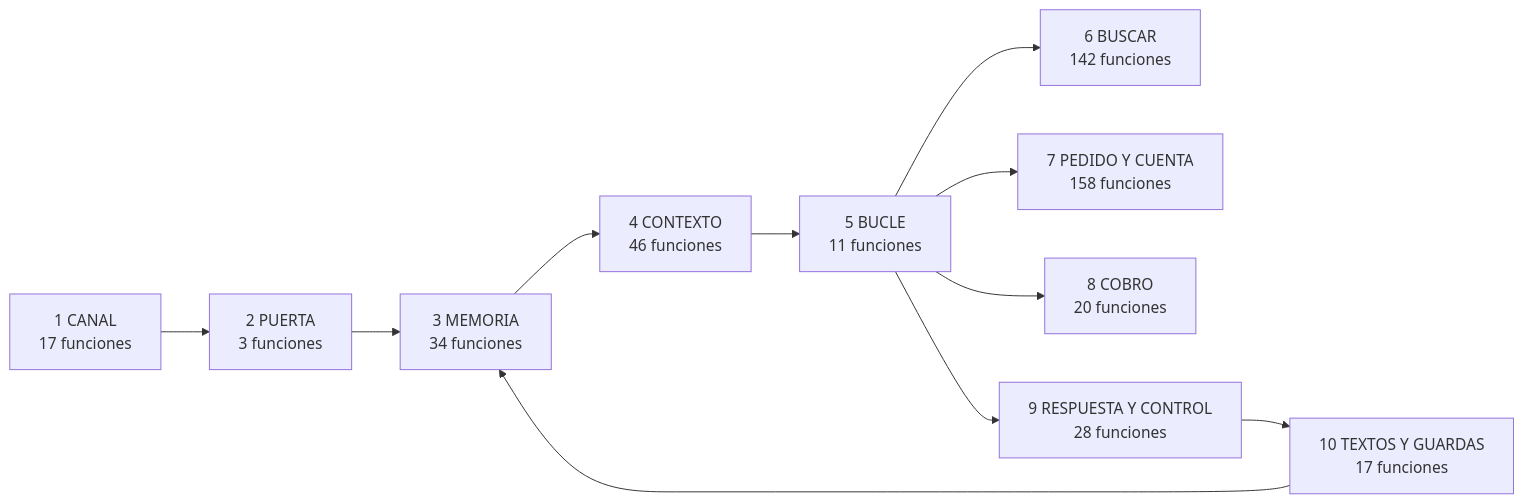
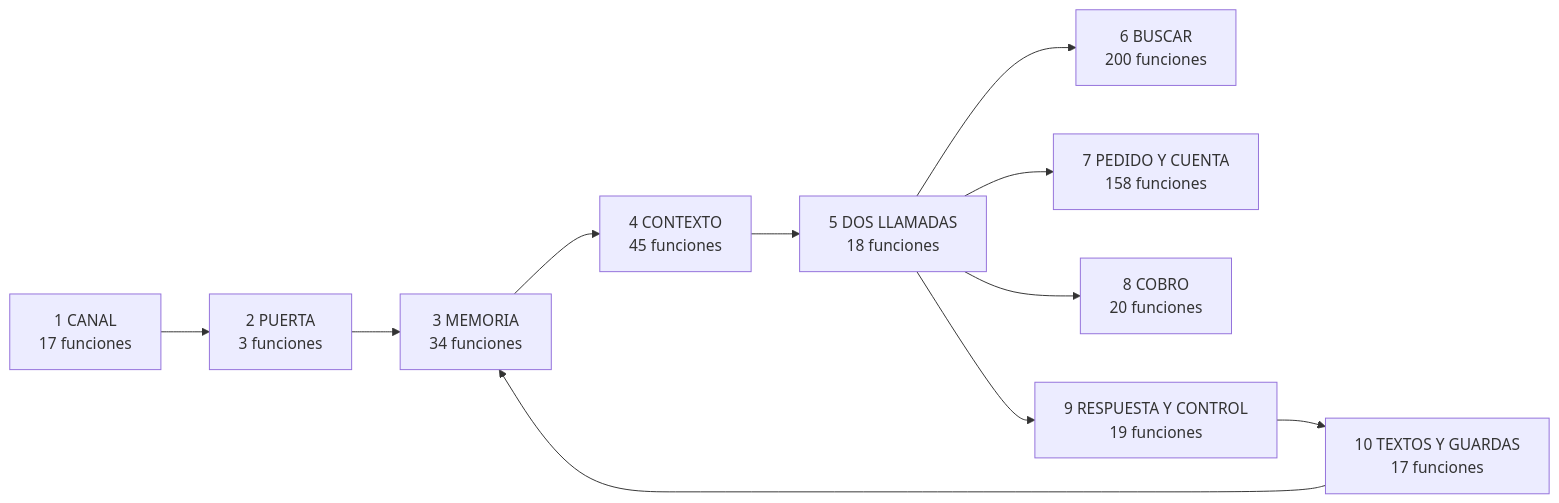
One commit to martinrf79/Verifika changed the diagram in arquitectura/DIAGRAMA_FLUJO.md. Above: the diagram before and after it, drawn with Mermaid. The commit also changed other lines of this file and 20 other files, not shown here.

````diff
--- a/arquitectura/DIAGRAMA_FLUJO.md
+++ b/arquitectura/DIAGRAMA_FLUJO.md
@@ -11,20 +11,20 @@
 ```mermaid
 flowchart LR
   C1["1 CANAL<br/>17 funciones"]
   C2["2 PUERTA<br/>3 funciones"]
   C3["3 MEMORIA<br/>34 funciones"]
-  C4["4 CONTEXTO<br/>46 funciones"]
-  C5["5 BUCLE<br/>11 funciones"]
-  C6["6 BUSCAR<br/>142 funciones"]
+  C4["4 CONTEXTO<br/>45 funciones"]
+  C5["5 DOS LLAMADAS<br/>18 funciones"]
+  C6["6 BUSCAR<br/>200 funciones"]
   C7["7 PEDIDO Y CUENTA<br/>158 funciones"]
   C8["8 COBRO<br/>20 funciones"]
-  C9["9 RESPUESTA Y CONTROL<br/>28 funciones"]
+  C9["9 RESPUESTA Y CONTROL<br/>19 funciones"]
   C10["10 TEXTOS Y GUARDAS<br/>17 funciones"]
   C1 --> C2 --> C3 --> C4 --> C5
   C5 --> C6
   C5 --> C7
   C5 --> C8
   C5 --> C9
   C9 --> C10
   C10 --> C3
 ```
````
